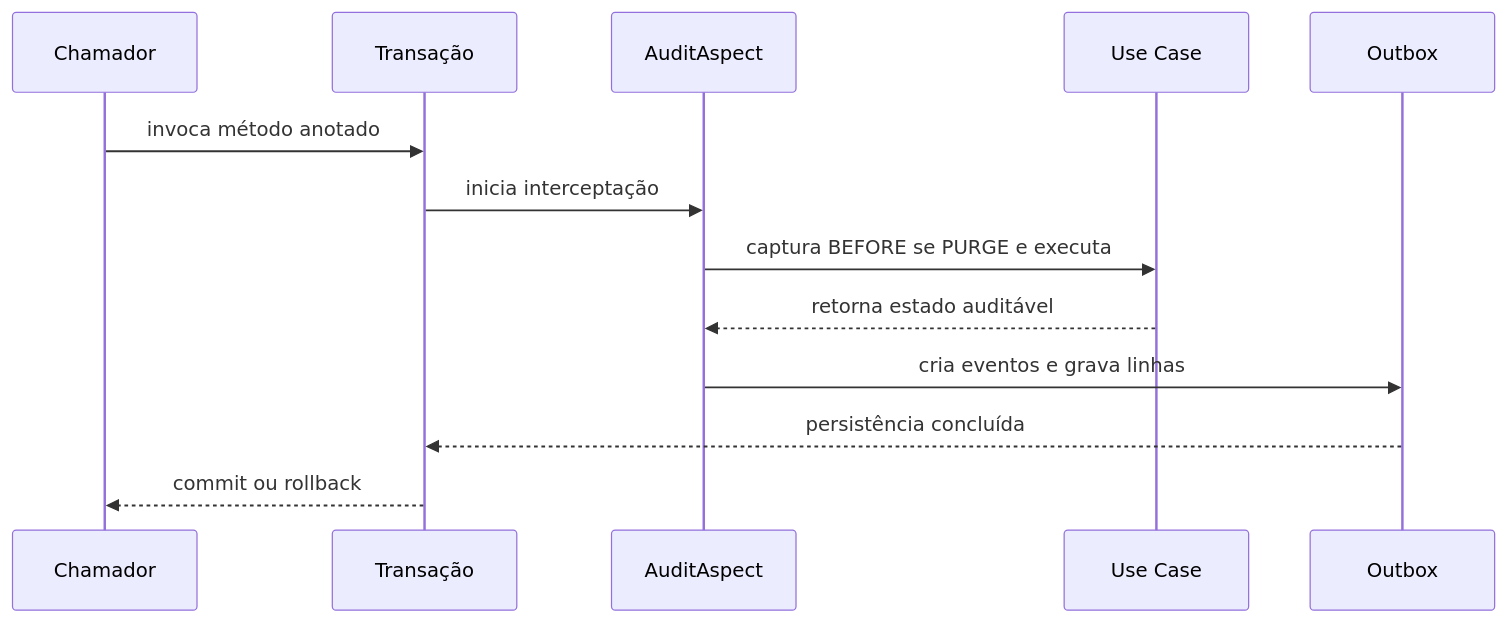
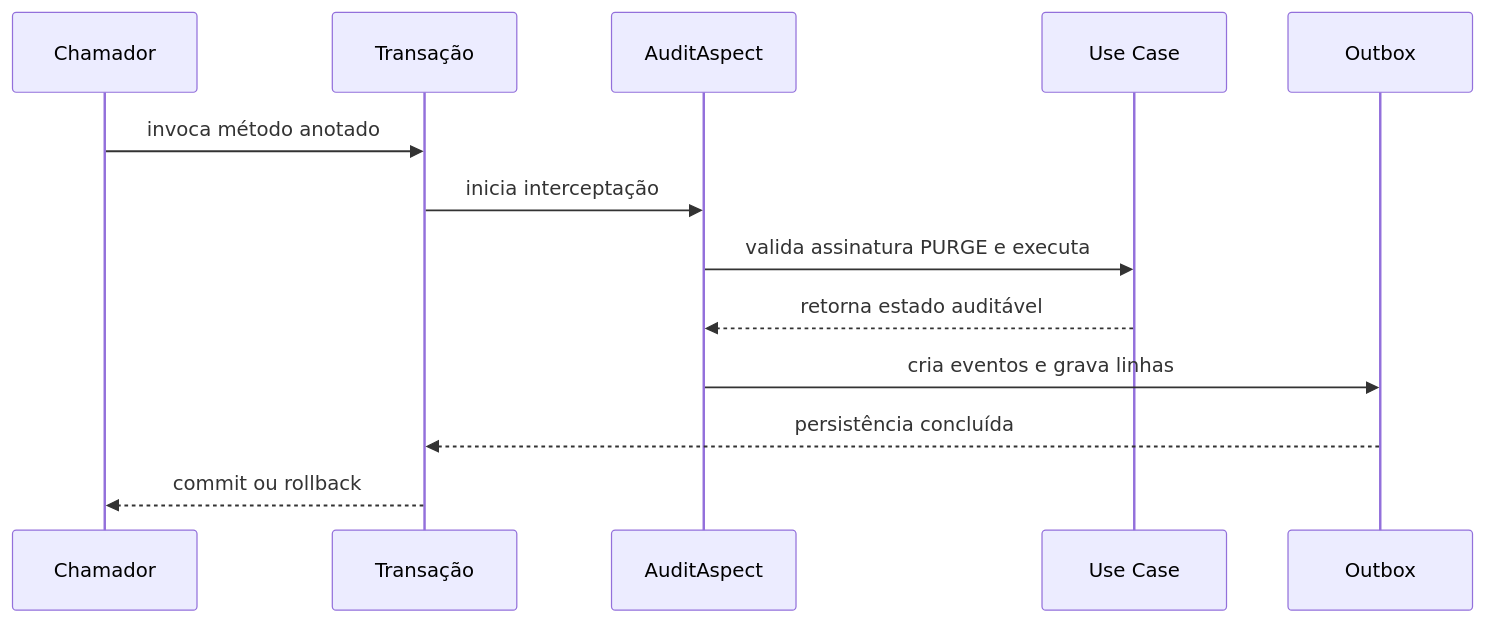
Before and after one commit to BrunoBS/platform-libraries: the diagram in modules/platform-audit/docs/ARCHITECTURE.md, drawn with Mermaid. The commit also changed other lines of this file and 12 other files, not shown here.

````diff
--- a/modules/platform-audit/docs/ARCHITECTURE.md
+++ b/modules/platform-audit/docs/ARCHITECTURE.md
@@ -25,16 +25,16 @@
 ```mermaid
 sequenceDiagram
     participant Caller as Chamador
     participant Tx as Transação
     participant Aspect as AuditAspect
     participant UseCase as Use Case
     participant Outbox as Outbox
 
     Caller->>Tx: invoca método anotado
     Tx->>Aspect: inicia interceptação
-    Aspect->>UseCase: captura BEFORE se PURGE e executa
+    Aspect->>UseCase: valida assinatura PURGE e executa
     UseCase-->>Aspect: retorna estado auditável
     Aspect->>Outbox: cria eventos e grava linhas
     Outbox-->>Tx: persistência concluída
     Tx-->>Caller: commit ou rollback
 ```
````
